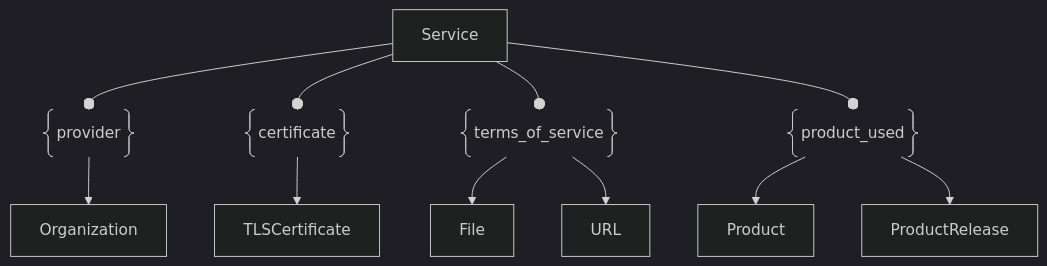
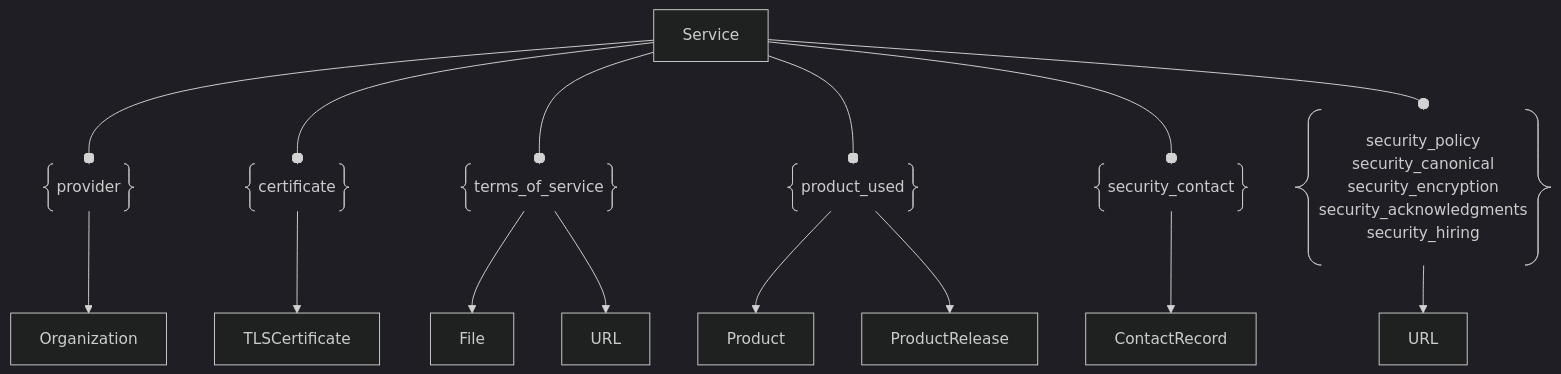
Before and after one commit to owasp-amass/docs: the diagram in docs/open_asset_model/assets/service.md, drawn with Mermaid (dark theme). The commit also changed other lines of this file and 2 other files, not shown here.

Commit message:
docs(oam): add the relations missing from three asset pages
Three asset pages omitted outgoing relations the data model defines
(open-asset-model @ 17bcb84), so their diagrams and tables were incomplete:

- ContactRecord: add `location` -> Location.
- Netblock: add `provider` -> Organization (its cloud or hosting provider).
- Service: add the six security.txt relations — `security_contact` ->
  ContactRecord and `security_policy` / `security_canonical` /
  `security_encryption` / `security_acknowledgments` / `security_hiring` ->
  URL.

Each is added to both the Mermaid diagram and the relations table, matching
the existing format. All relative links resolve and `mkdocs build --strict`
passes.

````diff
--- a/docs/open_asset_model/assets/service.md
+++ b/docs/open_asset_model/assets/service.md
@@ -51,27 +51,41 @@
 ```mermaid
 graph TD
 service["Service"]
 org["Organization"]
 provider@{ shape: braces, label: "provider" }
 service --o provider
 provider --> org
 
 cert["TLSCertificate"]
 certificate@{ shape: braces, label: "certificate" }
 service --o certificate
 certificate --> cert
 
 file["File"]
 url["URL"]
 tos@{ shape: braces, label: "terms_of_service" }
 service --o tos
 tos --> file
 tos --> url
 
 prod["Product"]
 prodrel["ProductRelease"]
 used@{ shape: braces, label: "product_used" }
 service --o used
 used --> prod
 used --> prodrel
+
+seccontact["ContactRecord"]
+scontact@{ shape: braces, label: "security_contact" }
+service --o scontact
+scontact --> seccontact
+
+securl["URL"]
+secpolicy@{ shape: braces, label: "security_policy
+security_canonical
+security_encryption
+security_acknowledgments
+security_hiring" }
+service --o secpolicy
+secpolicy --> securl
 ```
````
